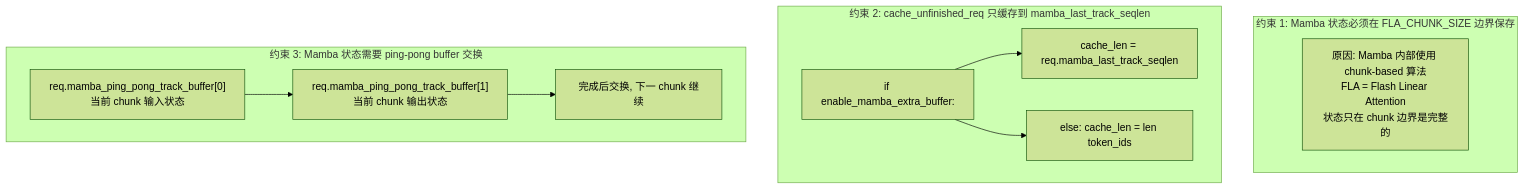
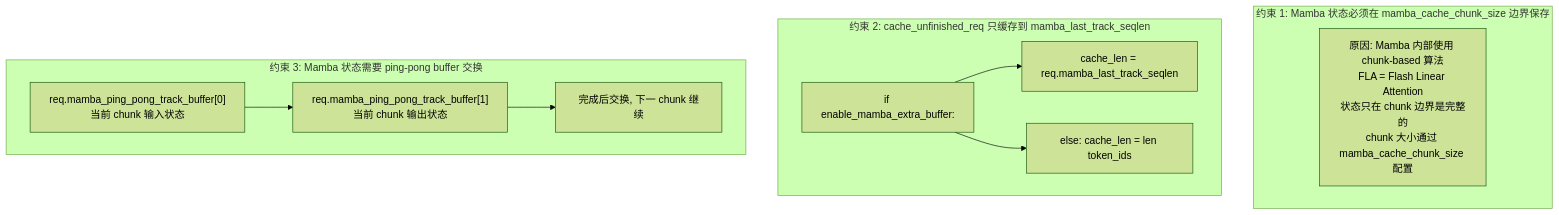
Before and after one commit to wesleyck/AIInfraNotes: diagram 19 of 19 in SGLang/07-radix-cache.md, drawn with Mermaid (forest theme). The commit also changed other lines of this file and 26 other files, not shown here.

````diff
--- a/SGLang/07-radix-cache.md
+++ b/SGLang/07-radix-cache.md
@@ -987,21 +1055,21 @@
 ```mermaid
 flowchart TD
-    subgraph Constraint1["约束 1: Mamba 状态必须在 FLA_CHUNK_SIZE 边界保存"]
-        C1["原因: Mamba 内部使用 chunk-based 算法<br/>FLA = Flash Linear Attention<br/>状态只在 chunk 边界是完整的"]
+    subgraph Constraint1["约束 1: Mamba 状态必须在 mamba_cache_chunk_size 边界保存"]
+        C1["原因: Mamba 内部使用 chunk-based 算法<br/>FLA = Flash Linear Attention<br/>状态只在 chunk 边界是完整的<br/>chunk 大小通过 mamba_cache_chunk_size 配置"]
     end
 
     subgraph Constraint2["约束 2: cache_unfinished_req 只缓存到 mamba_last_track_seqlen"]
         C2A["if enable_mamba_extra_buffer:"]
         C2B["cache_len = req.mamba_last_track_seqlen"]
         C2C["else: cache_len = len token_ids"]
         C2A --> C2B
         C2A --> C2C
     end
 
     subgraph Constraint3["约束 3: Mamba 状态需要 ping-pong buffer 交换"]
         C3A["req.mamba_ping_pong_track_buffer[0]<br/>当前 chunk 输入状态"]
         C3B["req.mamba_ping_pong_track_buffer[1]<br/>当前 chunk 输出状态"]
         C3C["完成后交换, 下一 chunk 继续"]
         C3A --> C3B --> C3C
     end
 ```
````
